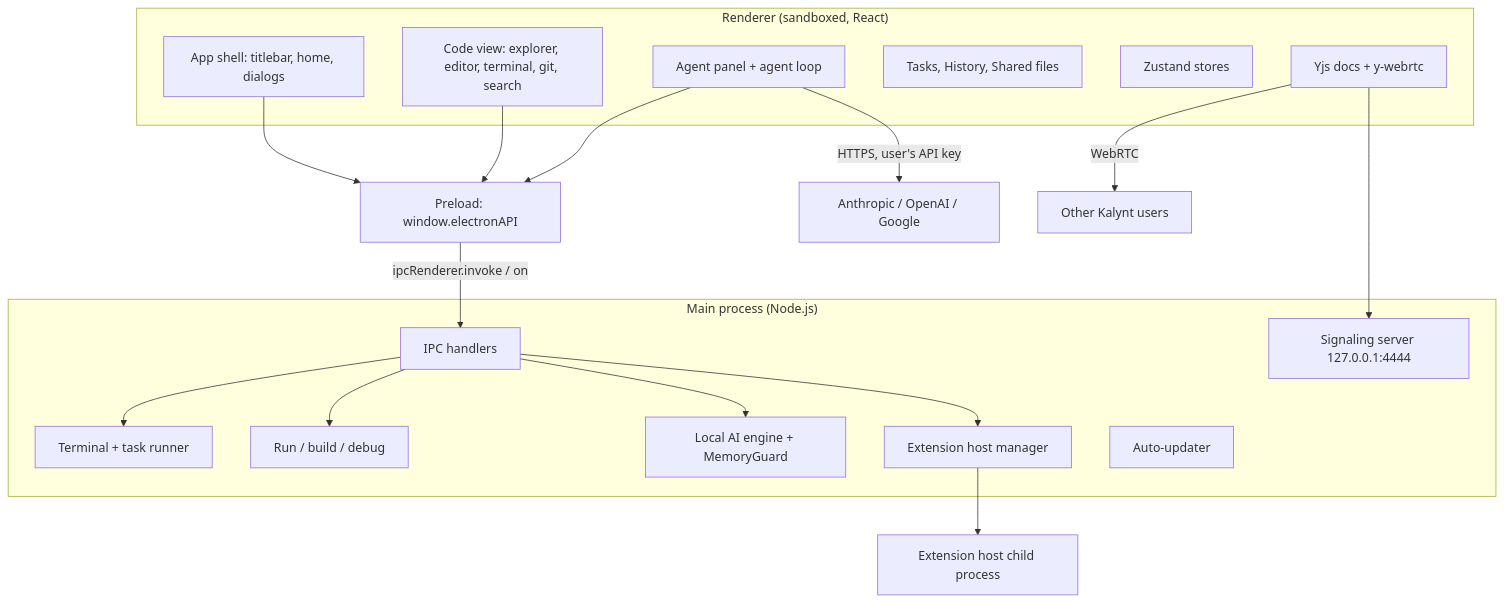
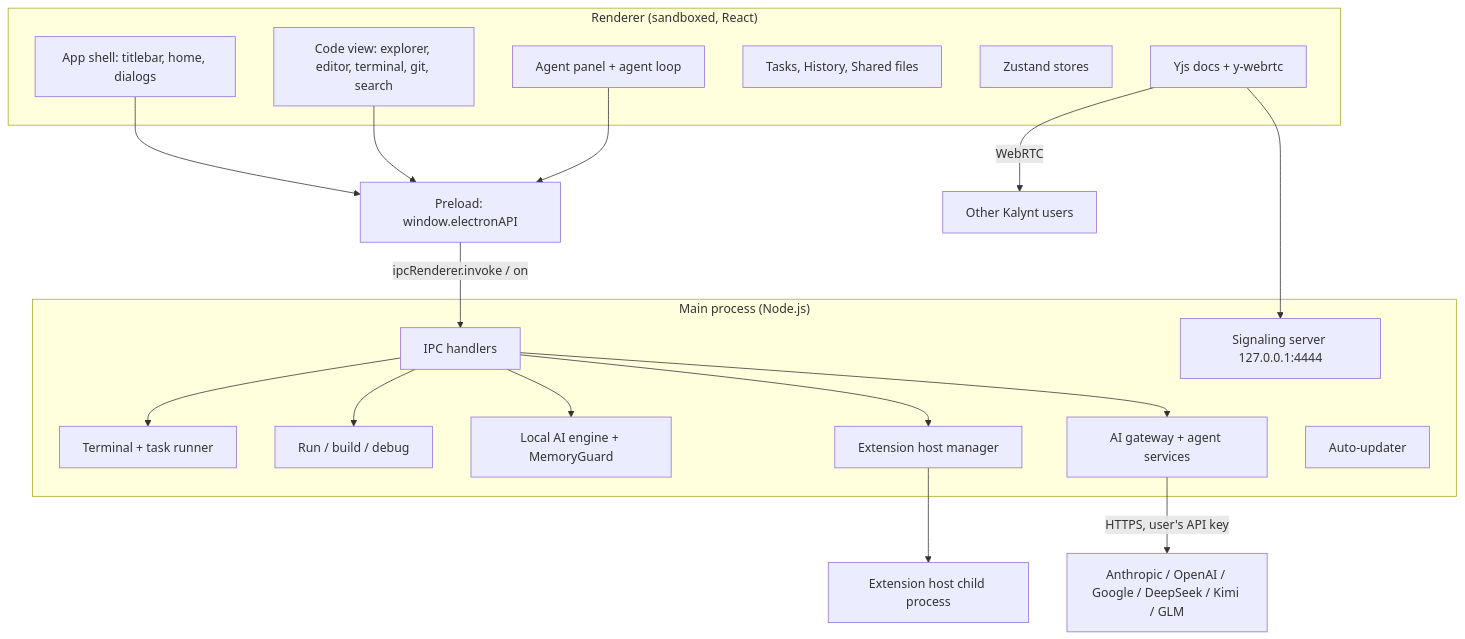
Before and after one commit to hermes-lekkas/Kalynt: the diagram in ARCHITECTURE.md, drawn with Mermaid. The commit also changed other lines of this file and 94 other files, not shown here.

````diff
--- a/ARCHITECTURE.md
+++ b/ARCHITECTURE.md
@@ -18,36 +18,38 @@
 ```mermaid
 graph TD
     subgraph Renderer["Renderer (sandboxed, React)"]
         Shell[App shell: titlebar, home, dialogs]
         IDE[Code view: explorer, editor, terminal, git, search]
         Agent[Agent panel + agent loop]
         Views[Tasks, History, Shared files]
         Stores[Zustand stores]
         Yjs[Yjs docs + y-webrtc]
     end
 
     Preload[Preload: window.electronAPI]
 
     subgraph Main["Main process (Node.js)"]
         Handlers[IPC handlers]
         Term[Terminal + task runner]
         Exec[Run / build / debug]
         LLM[Local AI engine + MemoryGuard]
+        AI[AI gateway + agent services]
         Ext[Extension host manager]
         Sig[Signaling server 127.0.0.1:4444]
         Upd[Auto-updater]
     end
 
     Shell --> Preload
     IDE --> Preload
     Agent --> Preload
     Preload -->|ipcRenderer.invoke / on| Handlers
     Handlers --> Term
     Handlers --> Exec
     Handlers --> LLM
     Handlers --> Ext
-    Agent -->|HTTPS, user's API key| Cloud[Anthropic / OpenAI / Google]
+    Handlers --> AI
+    AI -->|HTTPS, user's API key| Cloud[Anthropic / OpenAI / Google / DeepSeek / Kimi / GLM]
     Yjs -->|WebRTC| Peers[Other Kalynt users]
     Yjs --> Sig
     Ext --> ExtProc[Extension host child process]
 ```
````
